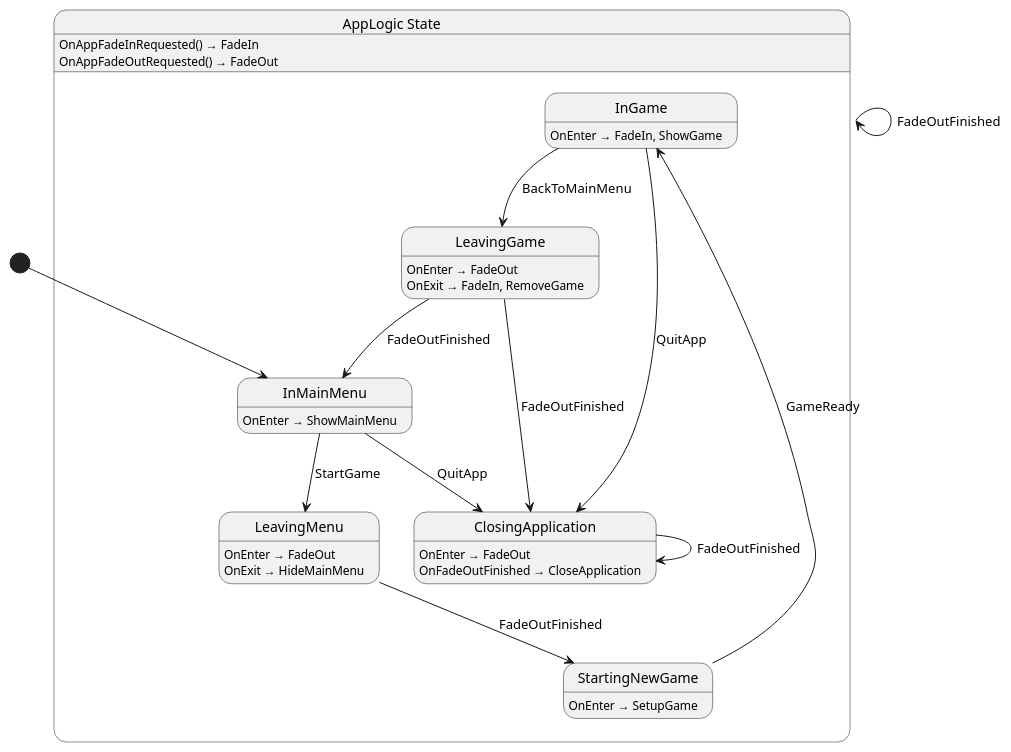
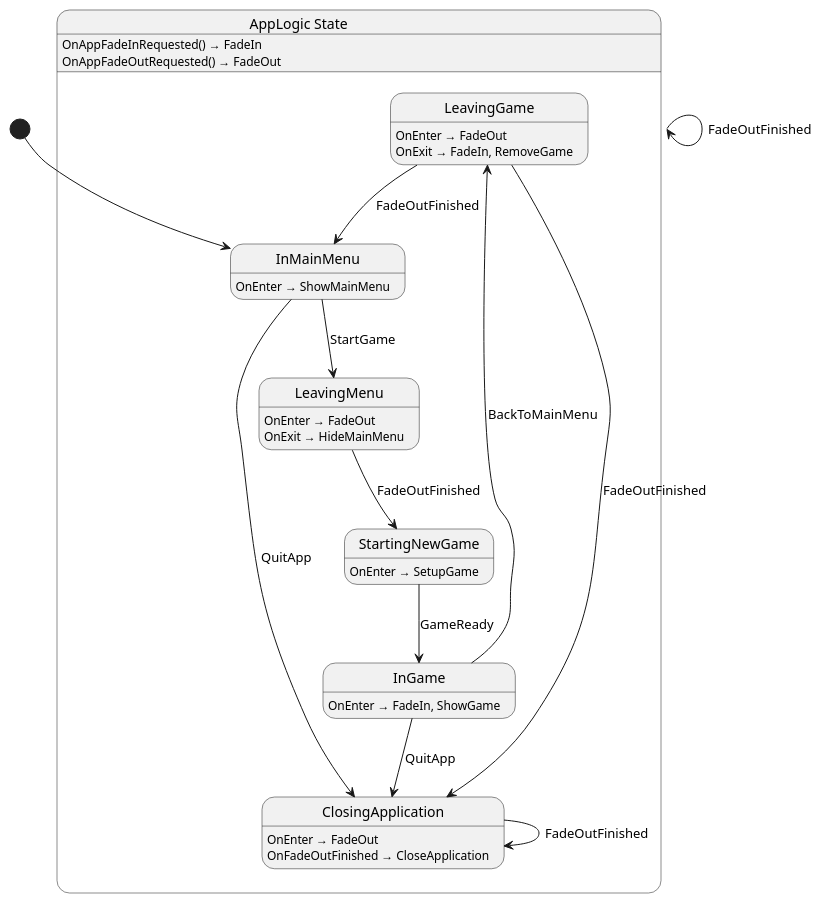
One commit to nilsiker/godot-wild-jam-77 changed the diagram in src/app/state/AppLogic.g.puml. Above: the diagram before and after it, drawn with PlantUML. The commit also changed other lines of this file and 27 other files, not shown here.

```diff
--- a/src/app/state/AppLogic.g.puml
+++ b/src/app/state/AppLogic.g.puml
@@ -1,35 +1,35 @@
 @startuml AppLogic
 state "AppLogic State" as Nevergreen_AppLogic_State {
+  state "LeavingGame" as Nevergreen_AppLogic_State_LeavingGame
+  state "InMainMenu" as Nevergreen_AppLogic_State_InMainMenu
+  state "StartingNewGame" as Nevergreen_AppLogic_State_StartingNewGame
+  state "LeavingMenu" as Nevergreen_AppLogic_State_LeavingMenu
   state "ClosingApplication" as Nevergreen_AppLogic_State_ClosingApplication
   state "InGame" as Nevergreen_AppLogic_State_InGame
-  state "InMainMenu" as Nevergreen_AppLogic_State_InMainMenu
-  state "LeavingGame" as Nevergreen_AppLogic_State_LeavingGame
-  state "LeavingMenu" as Nevergreen_AppLogic_State_LeavingMenu
-  state "StartingNewGame" as Nevergreen_AppLogic_State_StartingNewGame
 }
 
 Nevergreen_AppLogic_State --> Nevergreen_AppLogic_State : FadeOutFinished
 Nevergreen_AppLogic_State_ClosingApplication --> Nevergreen_AppLogic_State_ClosingApplication : FadeOutFinished
 Nevergreen_AppLogic_State_InGame --> Nevergreen_AppLogic_State_ClosingApplication : QuitApp
 Nevergreen_AppLogic_State_InGame --> Nevergreen_AppLogic_State_LeavingGame : BackToMainMenu
 Nevergreen_AppLogic_State_InMainMenu --> Nevergreen_AppLogic_State_ClosingApplication : QuitApp
 Nevergreen_AppLogic_State_InMainMenu --> Nevergreen_AppLogic_State_LeavingMenu : StartGame
 Nevergreen_AppLogic_State_LeavingGame --> Nevergreen_AppLogic_State_ClosingApplication : FadeOutFinished
 Nevergreen_AppLogic_State_LeavingGame --> Nevergreen_AppLogic_State_InMainMenu : FadeOutFinished
 Nevergreen_AppLogic_State_LeavingMenu --> Nevergreen_AppLogic_State_StartingNewGame : FadeOutFinished
 Nevergreen_AppLogic_State_StartingNewGame --> Nevergreen_AppLogic_State_InGame : GameReady
 
 Nevergreen_AppLogic_State : OnAppFadeInRequested() → FadeIn
 Nevergreen_AppLogic_State : OnAppFadeOutRequested() → FadeOut
 Nevergreen_AppLogic_State_ClosingApplication : OnEnter → FadeOut
 Nevergreen_AppLogic_State_ClosingApplication : OnFadeOutFinished → CloseApplication
 Nevergreen_AppLogic_State_InGame : OnEnter → FadeIn, ShowGame
 Nevergreen_AppLogic_State_InMainMenu : OnEnter → ShowMainMenu
 Nevergreen_AppLogic_State_LeavingGame : OnEnter → FadeOut
 Nevergreen_AppLogic_State_LeavingGame : OnExit → FadeIn, RemoveGame
 Nevergreen_AppLogic_State_LeavingMenu : OnEnter → FadeOut
 Nevergreen_AppLogic_State_LeavingMenu : OnExit → HideMainMenu
 Nevergreen_AppLogic_State_StartingNewGame : OnEnter → SetupGame
 
 [*] --> Nevergreen_AppLogic_State_InMainMenu
 @enduml
```
